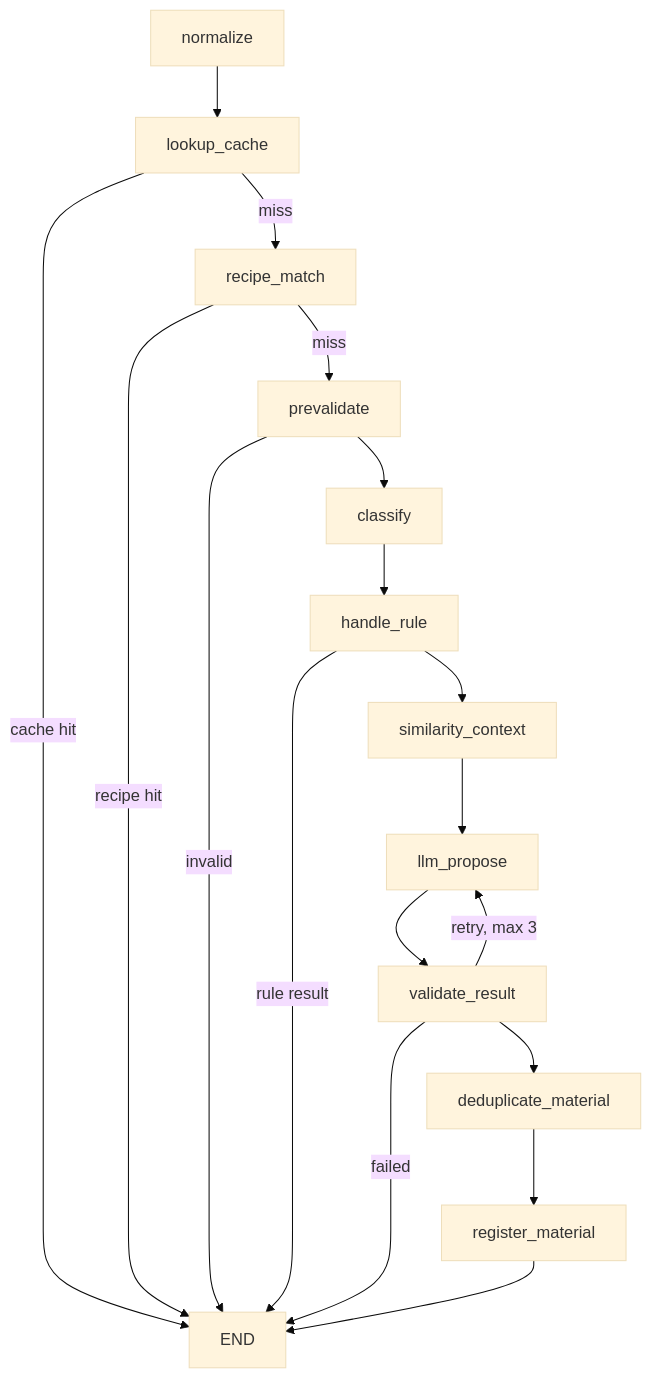
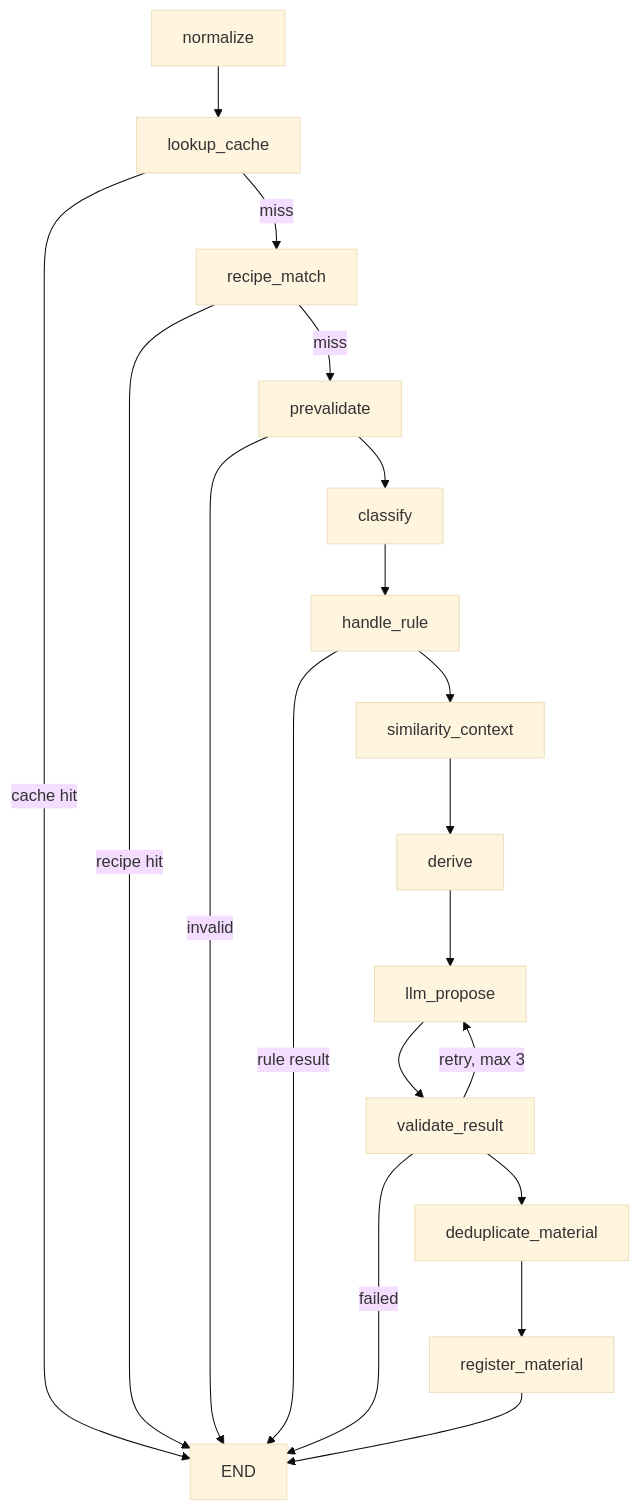
Before and after one commit to PU3-Lab/factory-space: the second of 3 diagrams in docs/03_architecture/material_generation_current_structure.md, drawn with Mermaid (base theme). The commit also changed other lines of this file, not shown here.

````diff
--- a/docs/03_architecture/material_generation_current_structure.md
+++ b/docs/03_architecture/material_generation_current_structure.md
@@ -203,20 +203,21 @@
 ```mermaid
 flowchart TD
     N["normalize"] --> C["lookup_cache"]
     C -->|"cache hit"| E["END"]
     C -->|"miss"| RM["recipe_match"]
     RM -->|"recipe hit"| E
     RM -->|"miss"| PV["prevalidate"]
     PV -->|"invalid"| E
     PV --> CL["classify"]
     CL --> HR["handle_rule"]
     HR -->|"rule result"| E
     HR --> SC["similarity_context"]
-    SC --> LP["llm_propose"]
+    SC --> DR["derive"]
+    DR --> LP["llm_propose"]
     LP --> VR["validate_result"]
     VR -->|"retry, max 3"| LP
     VR -->|"failed"| E
     VR --> DM["deduplicate_material"]
     DM --> RG["register_material"]
     RG --> E
 ```
````
